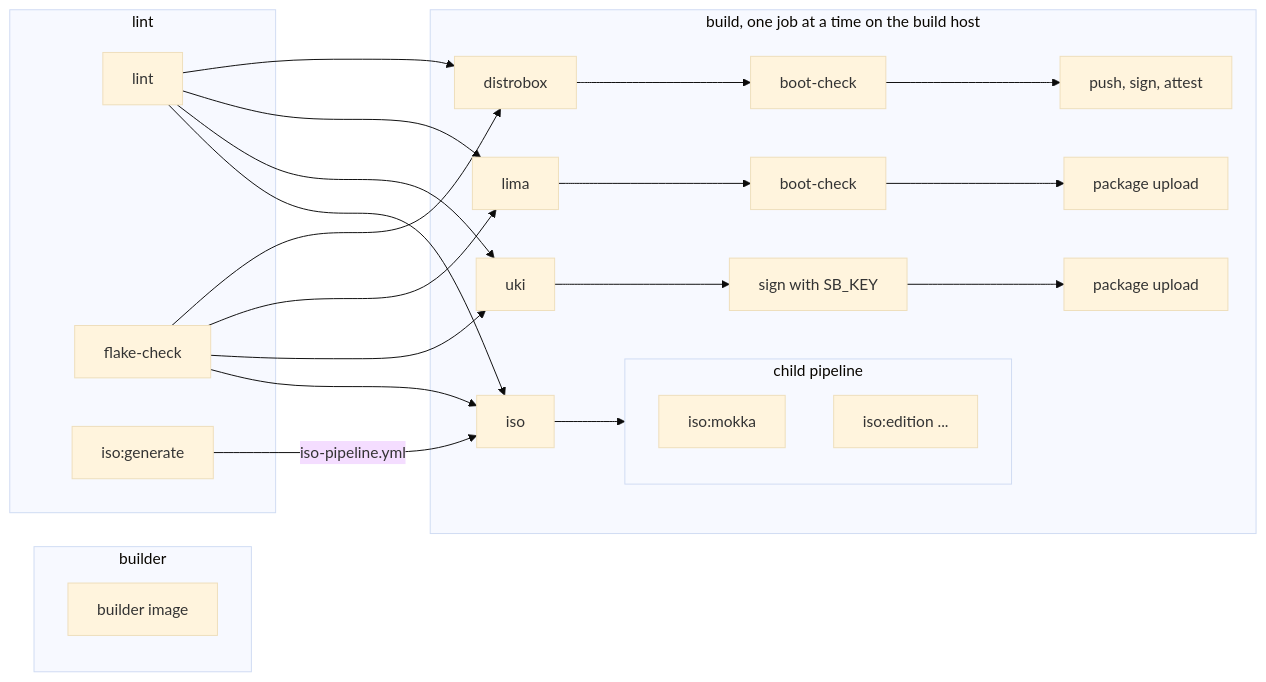
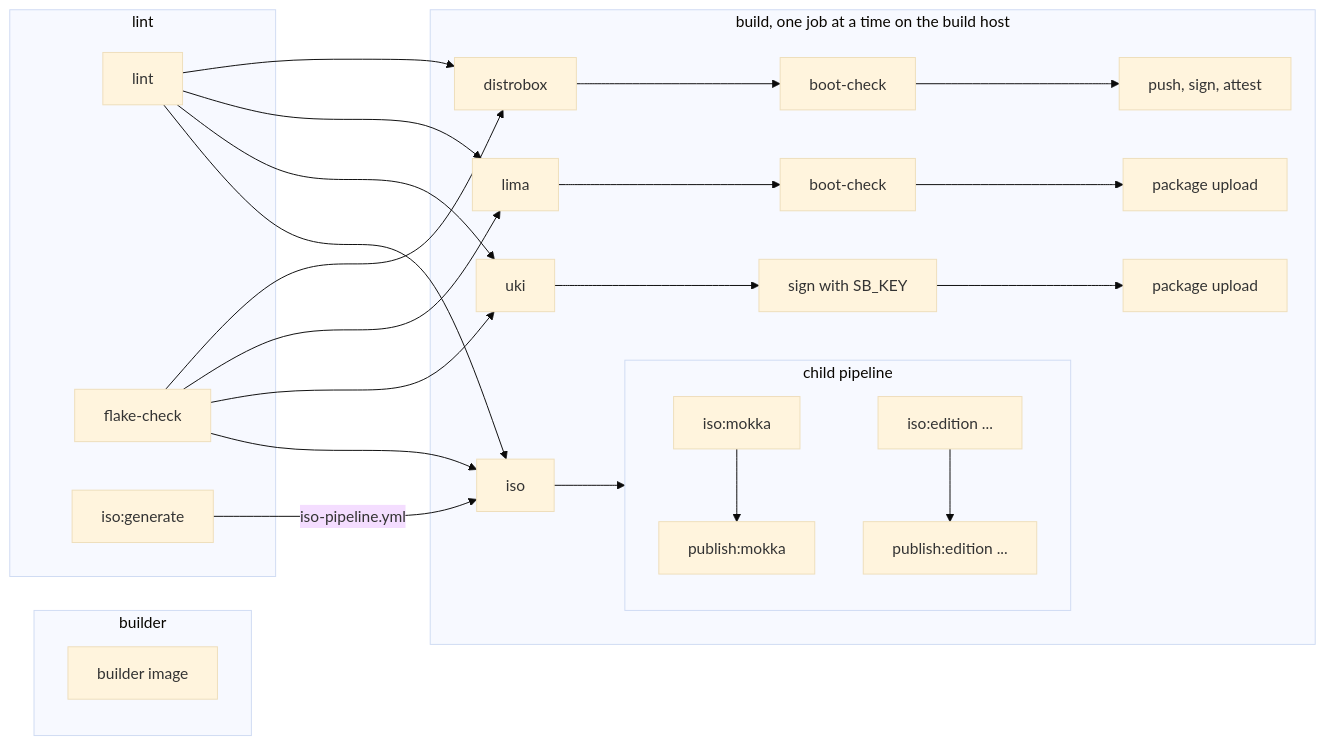
Before and after one commit to garuda-linux/image-builder: the diagram in docs/ci.md, drawn with Mermaid (base theme). The commit also changed other lines of this file and 5 other files, not shown here.

````diff
--- a/docs/ci.md
+++ b/docs/ci.md
@@ -50,27 +50,27 @@
 ```mermaid
 flowchart LR
   subgraph s1 [builder]
     builder[builder image]
   end
 
   subgraph s2 [lint]
     lint[lint]
     flake[flake-check]
     generate[iso:generate]
   end
 
   subgraph s3 [build, one job at a time on the build host]
     distrobox[distrobox] --> dcheck[boot-check] --> publish[push, sign, attest]
     lima[lima] --> lcheck[boot-check] --> upload[package upload]
     uki[uki] --> usign[sign with SB_KEY] --> uupload[package upload]
     trigger[iso] --> child
 
     subgraph child [child pipeline]
-      edition1[iso:mokka]
-      edition2[iso:edition ...]
+      edition1[iso:mokka] --> publish1[publish:mokka]
+      edition2[iso:edition ...] --> publish2[publish:edition ...]
     end
   end
 
   lint & flake --> distrobox & lima & uki & trigger
   generate -- iso-pipeline.yml --> trigger
 ```
````
